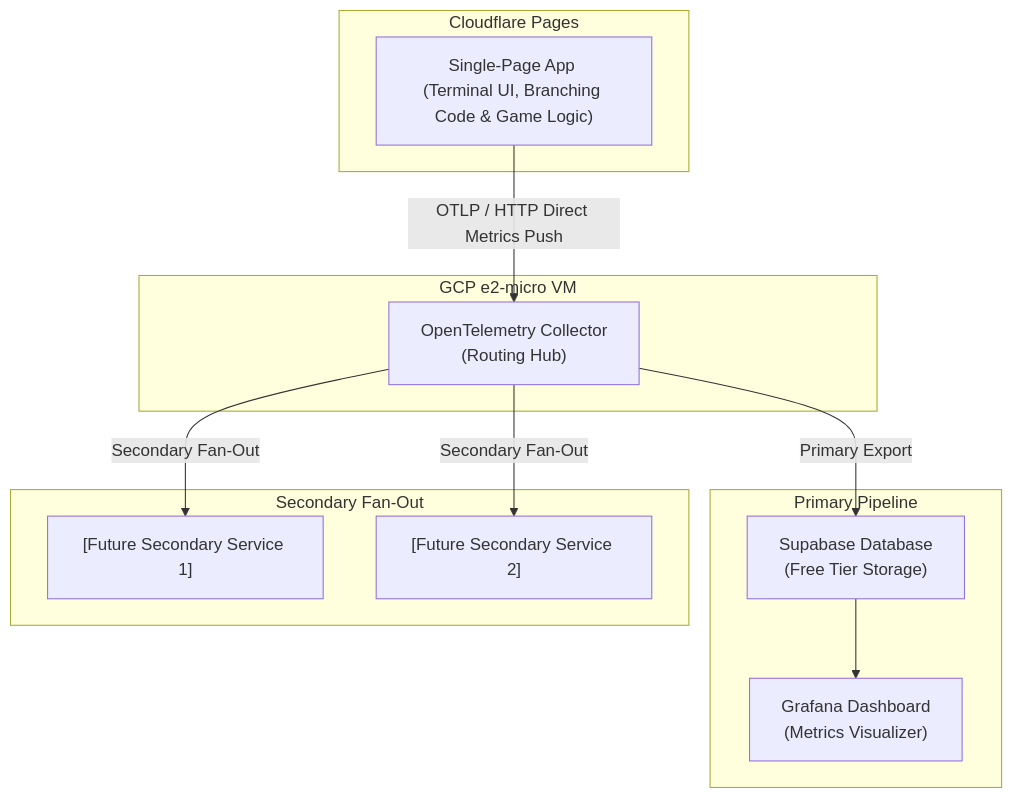
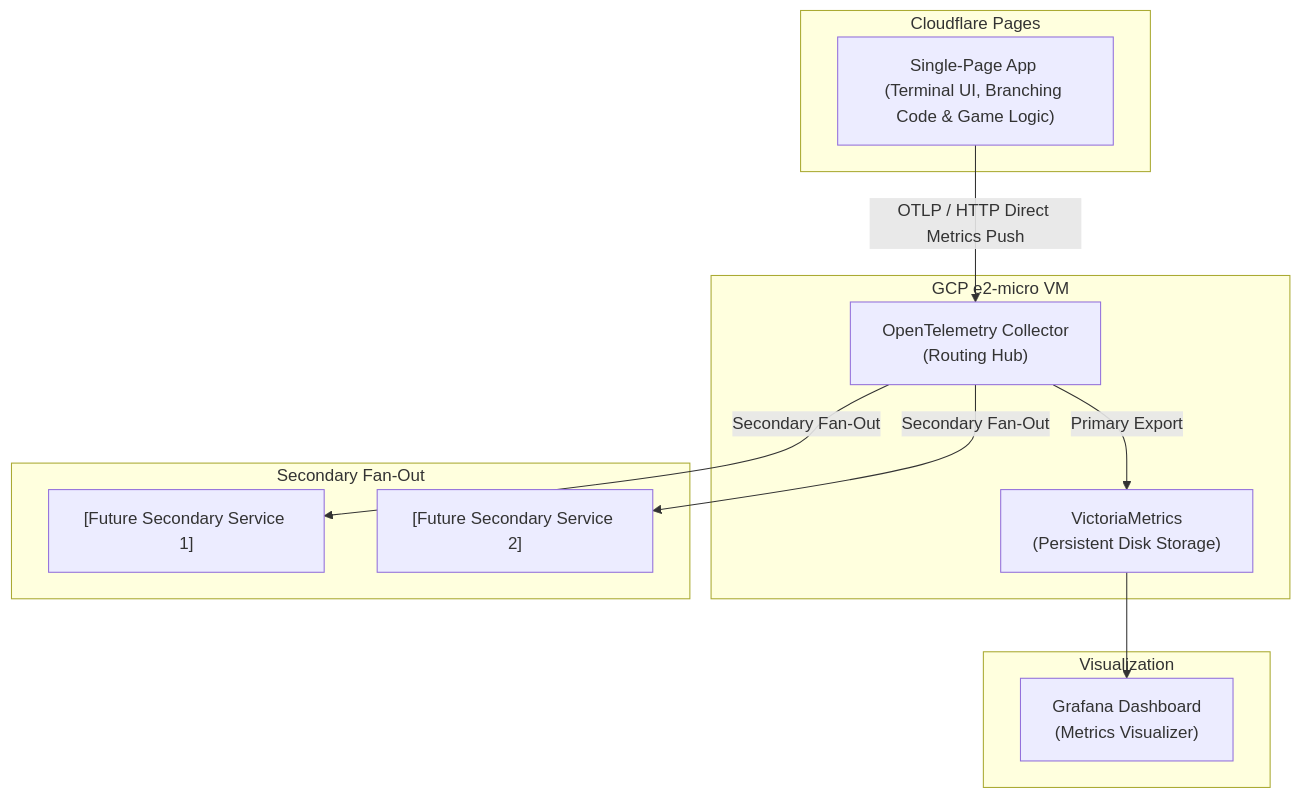
The diagram in _docs/architecture.md (maryfranks/thelibrary), drawn with Mermaid before and after one commit. The commit also changed other lines of this file and 2 other files, not shown here.

Commit message:
clean up architecture.md and make new doc for random agent directives

````diff
--- a/_docs/architecture.md
+++ b/_docs/architecture.md
@@ -48,26 +37,26 @@
 ```mermaid
 graph TD
     subgraph Cloudflare Pages
         SPA["Single-Page App <br/>(Terminal UI, Branching Code & Game Logic)"]
     end
 
     subgraph GCP e2-micro VM
         OTEL["OpenTelemetry Collector <br/>(Routing Hub)"]
+        VM["VictoriaMetrics <br/>(Persistent Disk Storage)"]
     end
 
-    subgraph Primary Pipeline
-        DB["Supabase Database <br/>(Free Tier Storage)"]
+    subgraph Visualization
         Grafana["Grafana Dashboard <br/>(Metrics Visualizer)"]
     end
 
     subgraph Secondary Fan-Out
         S1["[Future Secondary Service 1]"]
         S2["[Future Secondary Service 2]"]
     end
 
     SPA -->|OTLP / HTTP Direct Metrics Push| OTEL
-    OTEL -->|Primary Export| DB
-    DB --> Grafana
+    OTEL -->|Primary Export| VM
+    VM --> Grafana
     OTEL -->|Secondary Fan-Out| S1
     OTEL -->|Secondary Fan-Out| S2
 ```
````
